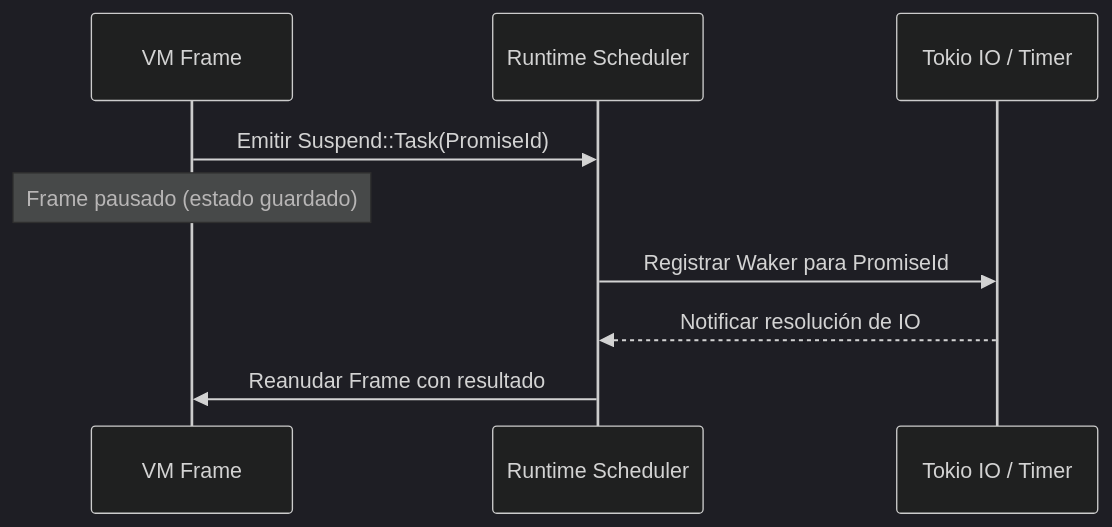
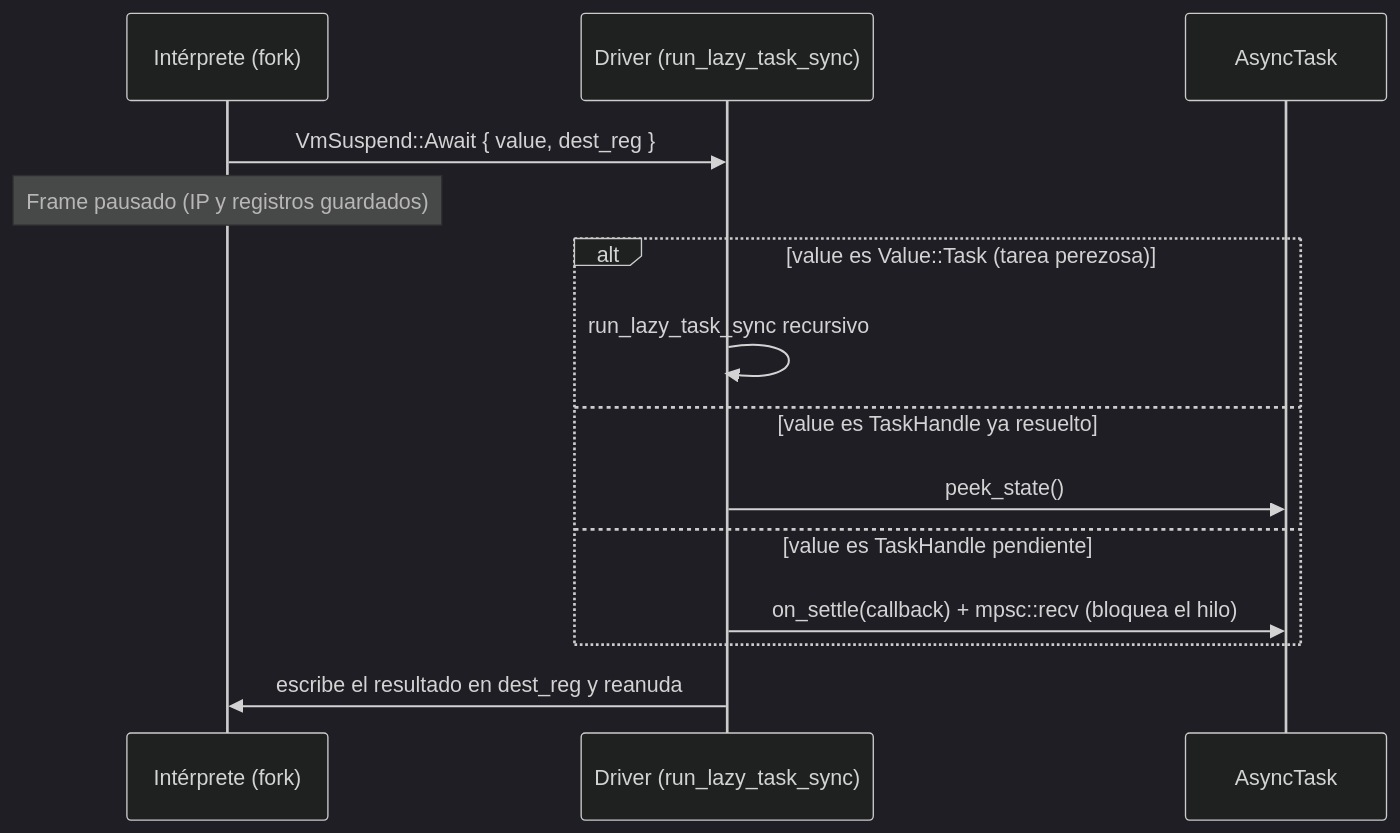
The second of 3 diagrams in docs/RUNTIME_ARCHITECTURE.md (carlos-burelo/varn), drawn with Mermaid (dark theme) before and after one commit. The commit also changed other lines of this file and 4 other files, not shown here.

````diff
--- a/docs/RUNTIME_ARCHITECTURE.md
+++ b/docs/RUNTIME_ARCHITECTURE.md
@@ -55,12 +72,17 @@
 ```mermaid
 sequenceDiagram
-    participant VM as VM Frame
-    participant RT as Runtime Scheduler
-    participant IO as Tokio IO / Timer
+    participant I as Intérprete (fork)
+    participant D as Driver (run_lazy_task_sync)
+    participant T as AsyncTask
 
-    VM->>RT: Emitir Suspend::Task(PromiseId)
-    Note over VM: Frame pausado (estado guardado)
-    RT->>IO: Registrar Waker para PromiseId
-    IO-->>RT: Notificar resolución de IO
-    RT->>VM: Reanudar Frame con resultado
+    I->>D: VmSuspend::Await { value, dest_reg }
+    Note over I: Frame pausado (IP y registros guardados)
+    alt value es Value::Task (tarea perezosa)
+        D->>D: run_lazy_task_sync recursivo
+    else value es TaskHandle ya resuelto
+        D->>T: peek_state()
+    else value es TaskHandle pendiente
+        D->>T: on_settle(callback) + mpsc::recv (bloquea el hilo)
+    end
+    D->>I: escribe el resultado en dest_reg y reanuda
 ```
````
